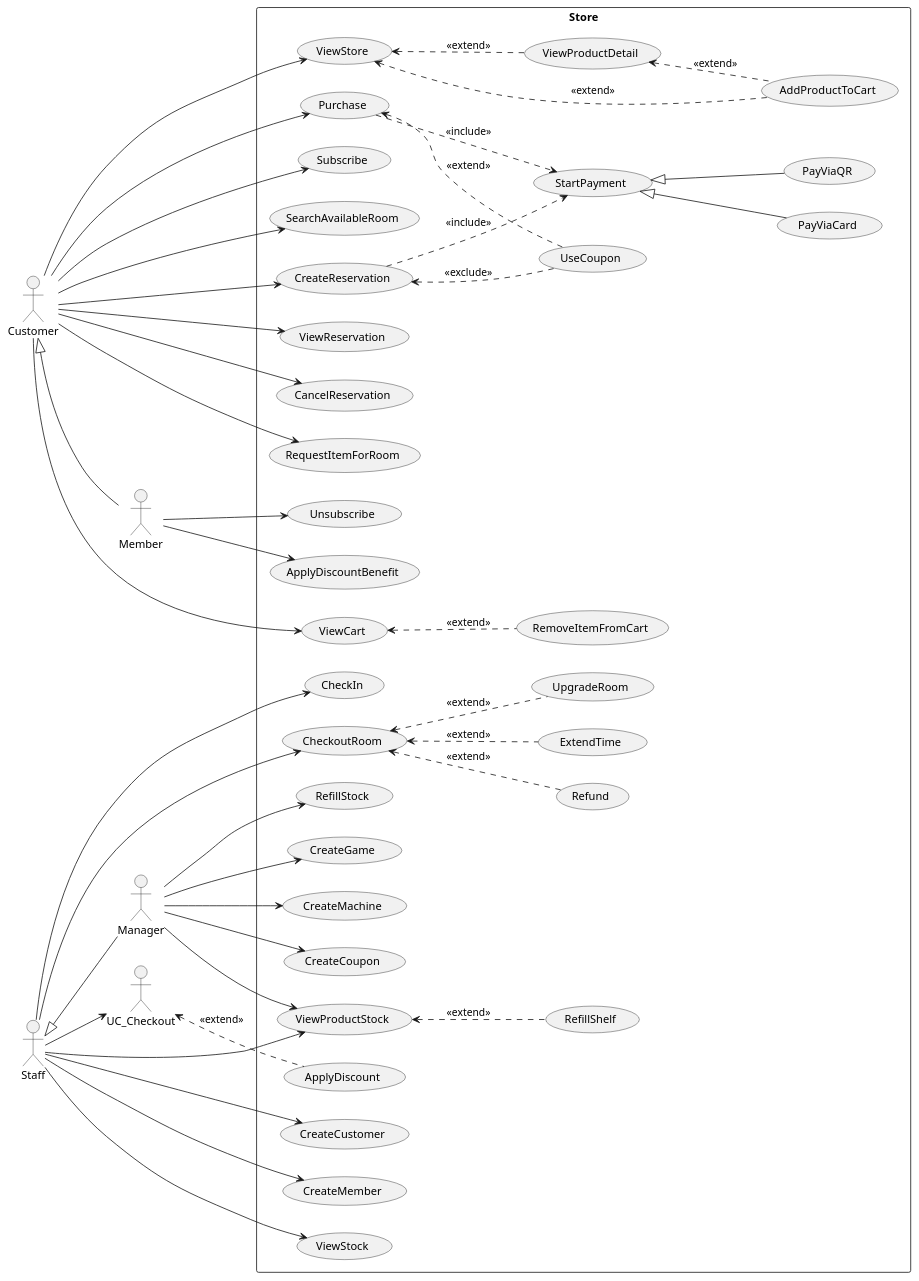
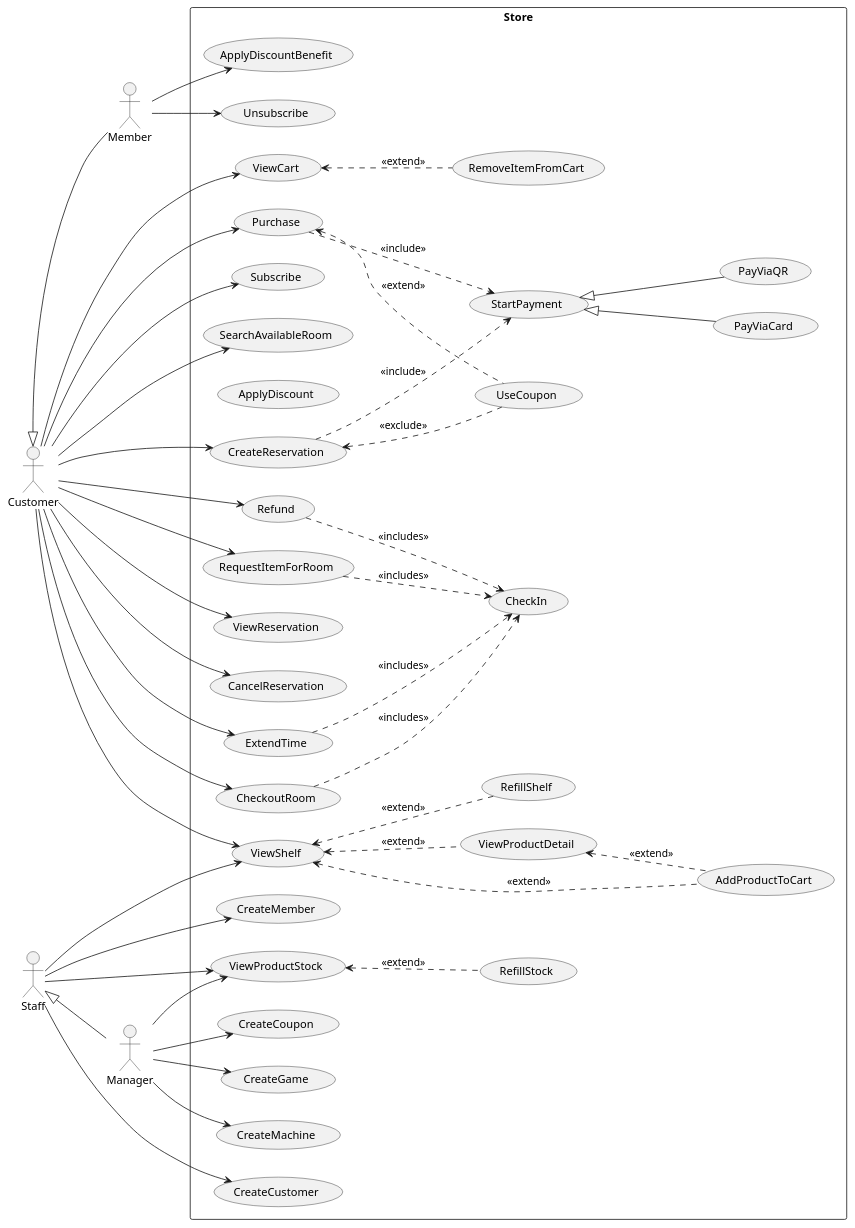
One commit to WaroonRagwongsiri/OOP_Project changed the diagram in UseCaseDiagram/usecase_diagram.puml. Above: the diagram before and after it, drawn with PlantUML.

Commit message:
Update Usecase Diagram

```diff
--- a/UseCaseDiagram/usecase_diagram.puml
+++ b/UseCaseDiagram/usecase_diagram.puml
@@ -1,120 +1,119 @@
 @startuml UseCaseDiagram
 left to right direction
 
 ' =========================
 ' Actors (from hierarchy in Class Diagram)
 ' =========================
 actor "Customer" as A_Customer
 actor "Member" as A_Member
 actor "Staff" as A_Staff
 actor "Manager" as A_Manager
 
 A_Customer <|-- A_Member
 A_Staff <|-- A_Manager
 
 rectangle "Store" {
 
 	'Customer'
 	usecase "AddProductToCart" as UC_AddProductToCart
 	usecase "ViewCart" as UC_ViewCart
 	usecase "RemoveItemFromCart" as UC_RemoveItemFromCart
-	usecase "ViewStore" as UC_ViewStore
+	usecase "ViewShelf" as UC_ViewShelf
 	usecase "ViewProductDetail" as UC_ViewProductDetail
 	usecase "Purchase" as UC_Purchase
 	usecase "UseCoupon" as UC_UseCoupon
 	usecase "Subscribe" as UC_Subscribe
 
 	'Payment'
 	usecase "StartPayment" as UC_StartPayment
 	usecase "PayViaCard" as UC_PayViaCard
 	usecase "PayViaQR" as UC_PayViaQR
 
 	'Member'
 	usecase "ApplyDiscountBenefit" as UC_ApplyDiscountBenefit
 	usecase "Unsubscribe" as UC_Unsubscribe
 
 	'Staff'
 	usecase "ApplyDiscount" as UC_ApplyDiscount
 	usecase "CreateCustomer" as UC_CreateCustomer
 	usecase "CreateMember" as UC_CreateMember
 
 	'Manager'
 	usecase "CreateGame" as UC_CreateGame
 	usecase "CreateMachine" as UC_CreateMachine
 	usecase "ViewProductStock" as UC_ViewProductStock
+	usecase "ViewShelf" as UC_ViewShelf
 	usecase "RefillShelf" as UC_RefillShelf
 	usecase "CreateCoupon" as UC_CreateCoupon
 	usecase "RefillStock" as UC_RefillStock
-	usecase "ViewStock" as UC_ViewStock
 
 	'Room Reservation'
 	usecase "SearchAvailableRoom" as UC_SearchAvailableRoom
 	usecase "CreateReservation" as UC_CreateReservation
 	usecase "ViewReservation" as UC_ViewReservation
 	usecase "CancelReservation" as UC_CancelReservation
 	usecase "CheckIn" as UC_CheckIn
 	usecase "ExtendTime" as UC_ExtendTime
-	usecase "UpgradeRoom" as UC_UpgradeRoom
 	usecase "CheckoutRoom" as UC_CheckoutRoom
 	usecase "Refund" as UC_Refund
 	usecase "RequestItemForRoom" as UC_RequestItemForRoom
 }
 
 'Customer'
 A_Customer --> UC_ViewCart
-A_Customer --> UC_ViewStore
+A_Customer --> UC_ViewShelf
 A_Customer --> UC_Purchase
 A_Customer --> UC_Subscribe
+A_Customer --> UC_Refund
+A_Customer --> UC_ExtendTime
 A_Customer --> UC_RequestItemForRoom
+A_Customer --> UC_CheckoutRoom
 
-UC_ViewStore <.. UC_AddProductToCart : <<extend>>
-UC_ViewStore <.. UC_ViewProductDetail : <<extend>>
+UC_ViewShelf <.. UC_AddProductToCart : <<extend>>
+UC_ViewShelf <.. UC_ViewProductDetail : <<extend>>
 
 UC_ViewProductDetail <.. UC_AddProductToCart : <<extend>>
 
 UC_ViewCart <.. UC_RemoveItemFromCart : <<extend>>
 
 UC_Purchase <.. UC_UseCoupon : <<extend>>
 UC_Purchase ..> UC_StartPayment : <<include>>
 
 'Payment'
 UC_StartPayment <|-- UC_PayViaCard
 UC_StartPayment <|-- UC_PayViaQR
 
 'Member'
 A_Member --> UC_ApplyDiscountBenefit
 A_Member --> UC_Unsubscribe
 
 'Staff'
-A_Staff --> UC_Checkout
 A_Staff --> UC_ViewProductStock
 A_Staff --> UC_CreateCustomer
 A_Staff --> UC_CreateMember
-A_Staff --> UC_CheckIn
-A_Staff --> UC_CheckoutRoom
-A_Staff --> UC_ViewStock
+A_Staff --> UC_ViewShelf
 
-UC_CheckoutRoom <.. UC_Refund : <<extend>>
-UC_CheckoutRoom <.. UC_ExtendTime : <<extend>>
-UC_CheckoutRoom <.. UC_UpgradeRoom : <<extend>>
+UC_Refund ..> UC_CheckIn : <<includes>>
+UC_ExtendTime ..> UC_CheckIn : <<includes>>
+UC_RequestItemForRoom ..> UC_CheckIn : <<includes>>
+UC_CheckoutRoom ..> UC_CheckIn : <<includes>>
 
-UC_Checkout <.. UC_ApplyDiscount : <<extend>>
-UC_ViewProductStock <.. UC_RefillShelf : <<extend>>
+UC_ViewProductStock <.. UC_RefillStock : <<extend>>
+UC_ViewShelf <.. UC_RefillShelf : <<extend>>
 
 'Manager'
 A_Manager --> UC_CreateCoupon
 A_Manager --> UC_ViewProductStock
 A_Manager --> UC_CreateGame
 A_Manager --> UC_CreateMachine
-A_Manager --> UC_RefillStock
 
 'Customer / Member Reservation
 A_Customer --> UC_SearchAvailableRoom
 A_Customer --> UC_CreateReservation
 A_Customer --> UC_ViewReservation
 A_Customer --> UC_CancelReservation
 
 UC_CreateReservation ..> UC_StartPayment : <<include>>
 UC_CreateReservation <.. UC_UseCoupon : <<exclude>>
 
 @enduml
```
